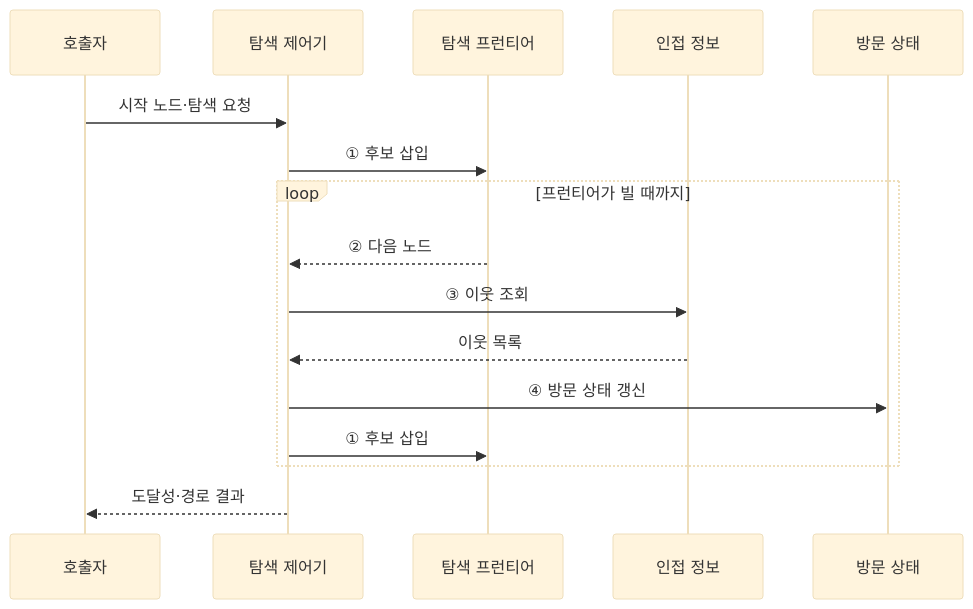
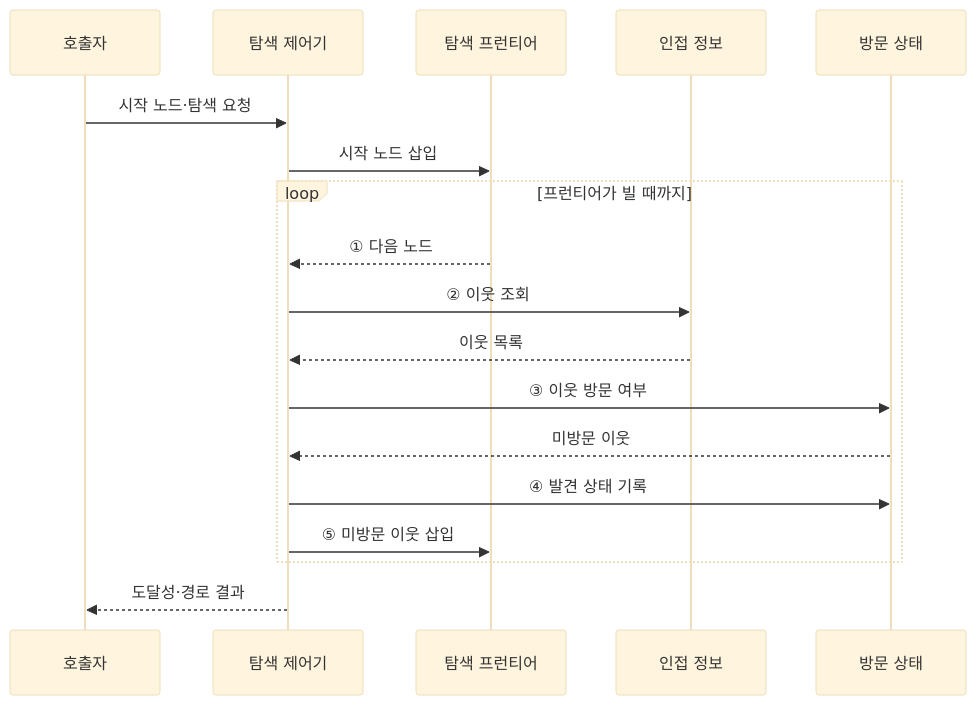
The third of 3 diagrams in src/content/docs/notes/01-basic-theory/010_graph_traversal.md (agnusdei1207/knowledge-base), drawn with Mermaid (base theme) before and after one commit. The commit also changed other lines of this file and 16 other files, not shown here.

````diff
--- a/src/content/docs/notes/01-basic-theory/010_graph_traversal.md
+++ b/src/content/docs/notes/01-basic-theory/010_graph_traversal.md
@@ -92,18 +94,20 @@
 ```mermaid
 sequenceDiagram
     participant Q as 호출자
     participant C as 탐색 제어기
     participant F as 탐색 프런티어
     participant A as 인접 정보
     participant V as 방문 상태
     Q->>C: 시작 노드·탐색 요청
-    C->>F: ① 후보 삽입
+    C->>F: 시작 노드 삽입
     loop 프런티어가 빌 때까지
-        F-->>C: ② 다음 노드
-        C->>A: ③ 이웃 조회
+        F-->>C: ① 다음 노드
+        C->>A: ② 이웃 조회
         A-->>C: 이웃 목록
-        C->>V: ④ 방문 상태 갱신
-        C->>F: ① 후보 삽입
+        C->>V: ③ 이웃 방문 여부
+        V-->>C: 미방문 이웃
+        C->>V: ④ 발견 상태 기록
+        C->>F: ⑤ 미방문 이웃 삽입
     end
     C-->>Q: 도달성·경로 결과
 ```
````
